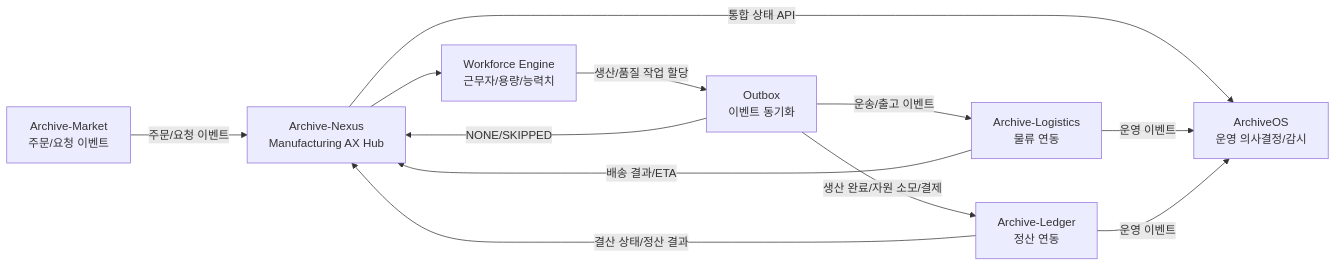
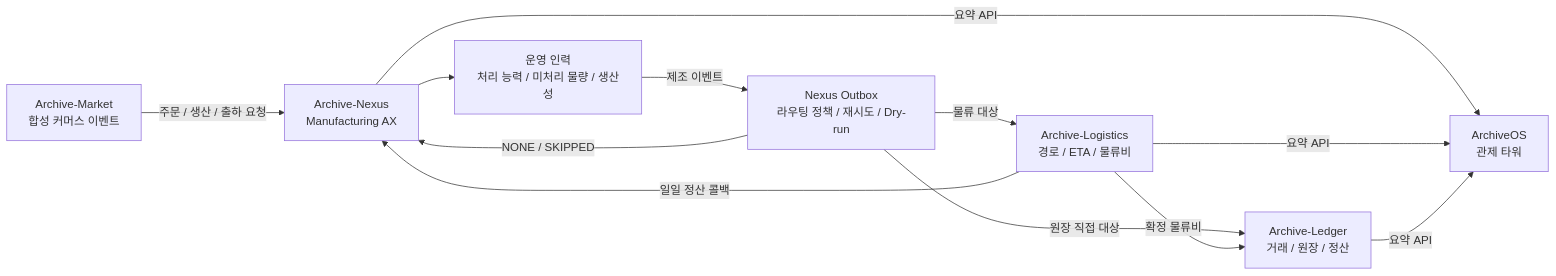
One commit to CSJ-PJT/Archive-Nexus changed the diagram in README.md. Above: the diagram before and after it, drawn with Mermaid. The commit also changed other lines of this file, not shown here.

````diff
--- a/README.md
+++ b/README.md
@@ -23,22 +20,22 @@
 ```mermaid
 flowchart LR
-  Market[Archive-Market\n주문/요청 이벤트]
-  Nexus[Archive-Nexus\nManufacturing AX Hub]
-  Workforce[Workforce Engine\n근무자/용량/능력치]
-  Outbox[Outbox\n이벤트 동기화]
-  Logistics[Archive-Logistics\n물류 연동]
-  Ledger[Archive-Ledger\n정산 연동]
-  OS[ArchiveOS\n운영 의사결정/감시]
+  Market[Archive-Market<br/>합성 커머스 이벤트]
+  Nexus[Archive-Nexus<br/>Manufacturing AX]
+  Workforce[운영 인력<br/>처리 능력 / 미처리 물량 / 생산성]
+  Outbox[Nexus Outbox<br/>라우팅 정책 / 재시도 / Dry-run]
+  Logistics[Archive-Logistics<br/>경로 / ETA / 물류비]
+  Ledger[Archive-Ledger<br/>거래 / 원장 / 정산]
+  OS[ArchiveOS<br/>관제 타워]
 
-  Market -->|주문/요청 이벤트| Nexus
+  Market -->|주문 / 생산 / 출하 요청| Nexus
   Nexus --> Workforce
-  Workforce -->|생산/품질 작업 할당| Outbox
-  Outbox -->|운송/출고 이벤트| Logistics
-  Outbox -->|생산 완료/자원 소모/결제| Ledger
-  Outbox -->|NONE/SKIPPED| Nexus
-  Logistics -->|배송 결과/ETA| Nexus
-  Ledger -->|결산 상태/정산 결과| Nexus
-  Nexus -->|통합 상태 API| OS
-  Logistics -->|운영 이벤트| OS
-  Ledger -->|운영 이벤트| OS
+  Workforce -->|제조 이벤트| Outbox
+  Outbox -->|물류 대상| Logistics
+  Outbox -->|원장 직접 대상| Ledger
+  Outbox -->|NONE / SKIPPED| Nexus
+  Logistics -->|일일 정산 콜백| Nexus
+  Logistics -->|확정 물류비| Ledger
+  Nexus -->|요약 API| OS
+  Logistics -->|요약 API| OS
+  Ledger -->|요약 API| OS
 ```
````
